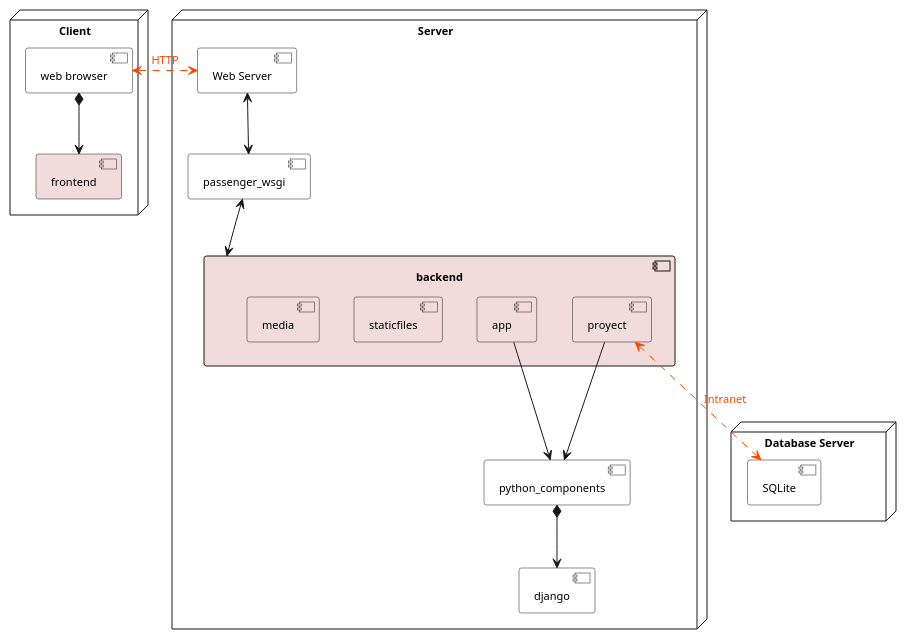
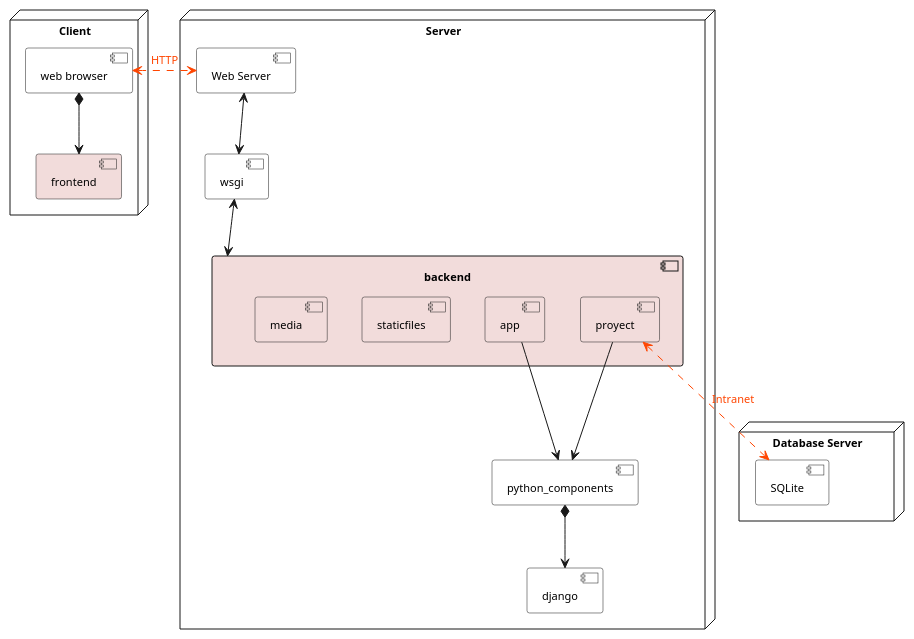
The diagram in logicalView/designView/django/architectureDesign/componentDiagram.plantuml (mpaulaherrero/tesis-frameworks-backend-diagrams), drawn with PlantUML before and after one commit. The commit also changed 3 other files, not shown here.

```diff
--- a/logicalView/designView/django/architectureDesign/componentDiagram.plantuml
+++ b/logicalView/designView/django/architectureDesign/componentDiagram.plantuml
@@ -1,45 +1,45 @@
 @startuml architecture_design
 skinparam ComponentBackgroundColor white
 skinparam defaultTextAlignment center
 skinparam defaultFontSize 11
 
 node "Client" as pc {
     component "web browser" as browser
     component frontend #f2dcdb
 
     browser *--> frontend
 }
 
 node "Server" as server {
     component "Web Server" as webserver
-    component "passenger_wsgi" as wsgi
+    component "wsgi" as wsgi
     component "python_components" as components
     component django
     component backend #f2dcdb {
         component proyect #f2dcdb
         component app #f2dcdb
         component staticfiles #f2dcdb
         component media #f2dcdb
         'component theme #f2dcdb
     }
 
     webserver <-d-> wsgi
     wsgi <-d-> backend
     app -d-> components
     proyect -d-> components
     components *-d-> django
 }
 
 'diseño
 'proyect -[hidden]d- staticfiles
 'app -[hidden]d- media
 'media -[hidden]r- staticfiles
 
 node "Database Server" as dbServer {
     component "SQLite" as sqplite
 }
 
 browser <..[#OrangeRed]r..> webserver: <font color=OrangeRed>HTTP</font>
 proyect <.[#OrangeRed].>  sqplite: <font color=OrangeRed>Intranet</font>
 
 @enduml
```
